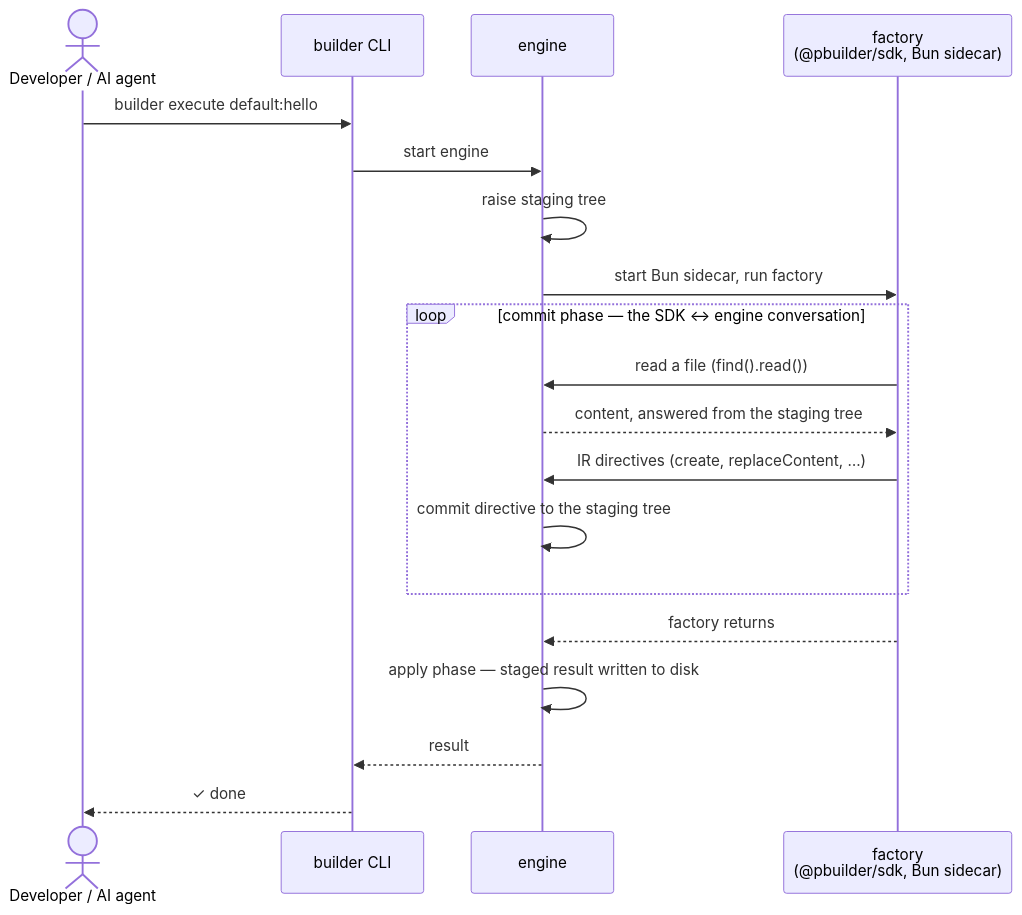
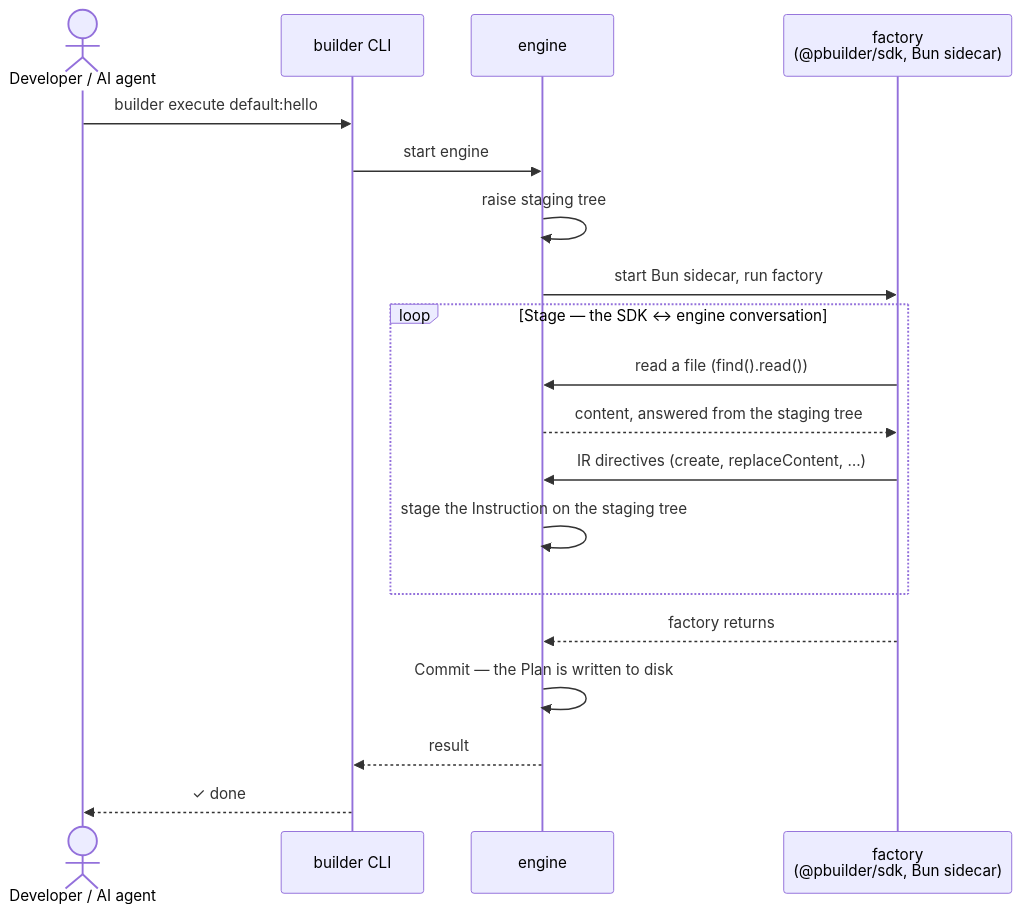
The diagram in README.md (Project-Builder-Schematics/project-builder-sdk), drawn with Mermaid before and after one commit. The commit also changed other lines of this file and 86 other files, not shown here.

````diff
--- a/README.md
+++ b/README.md
@@ -13,22 +13,22 @@
 ```mermaid
 sequenceDiagram
     actor U as Developer / AI agent
     participant CLI as builder CLI
     participant E as engine
     participant F as factory<br/>(@pbuilder/sdk, Bun sidecar)
 
     U->>CLI: builder execute default:hello
     CLI->>E: start engine
     E->>E: raise staging tree
     E->>F: start Bun sidecar, run factory
-    loop commit phase — the SDK ↔ engine conversation
+    loop Stage — the SDK ↔ engine conversation
         F->>E: read a file (find().read())
         E-->>F: content, answered from the staging tree
         F->>E: IR directives (create, replaceContent, …)
-        E->>E: commit directive to the staging tree
+        E->>E: stage the Instruction on the staging tree
     end
     F-->>E: factory returns
-    E->>E: apply phase — staged result written to disk
+    E->>E: Commit — the Plan is written to disk
     E-->>CLI: result
     CLI-->>U: ✓ done
 ```
````
